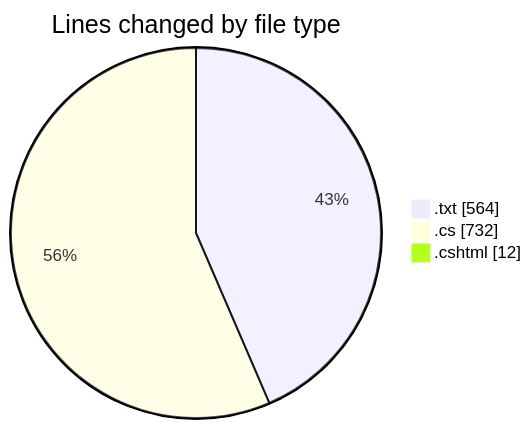
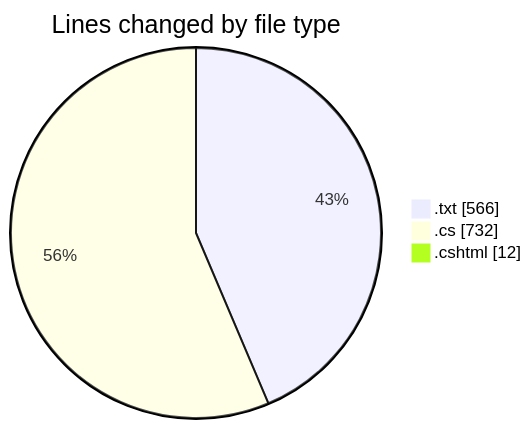
The first of 2 diagrams in 2025-07-26/quanlyrapchieuphim-1/README.md (lephambinh05/code-tracking), drawn with Mermaid before and after one commit. The commit also changed other lines of this file and 1 other file, not shown here.

````diff
--- a/2025-07-26/quanlyrapchieuphim-1/README.md
+++ b/2025-07-26/quanlyrapchieuphim-1/README.md
@@ -25,7 +25,7 @@
 ```mermaid
 pie showData
 title Lines changed by file type
-".txt" : 564
+".txt" : 566
 ".cs" : 732
 ".cshtml" : 12
 ```
````
